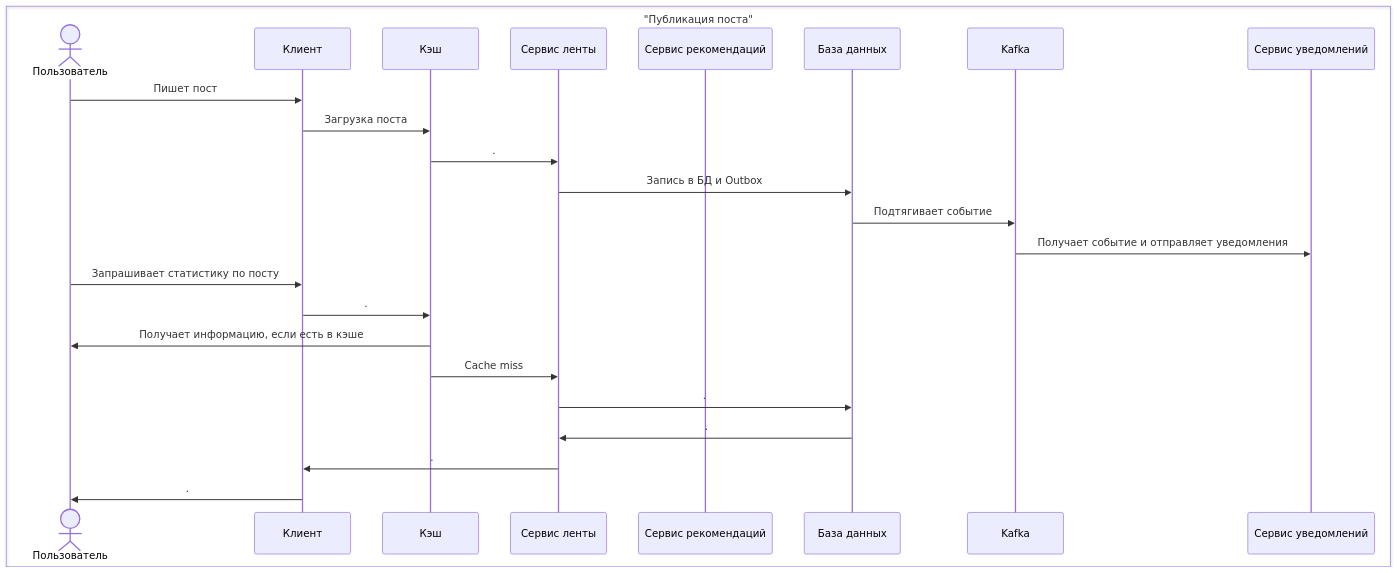
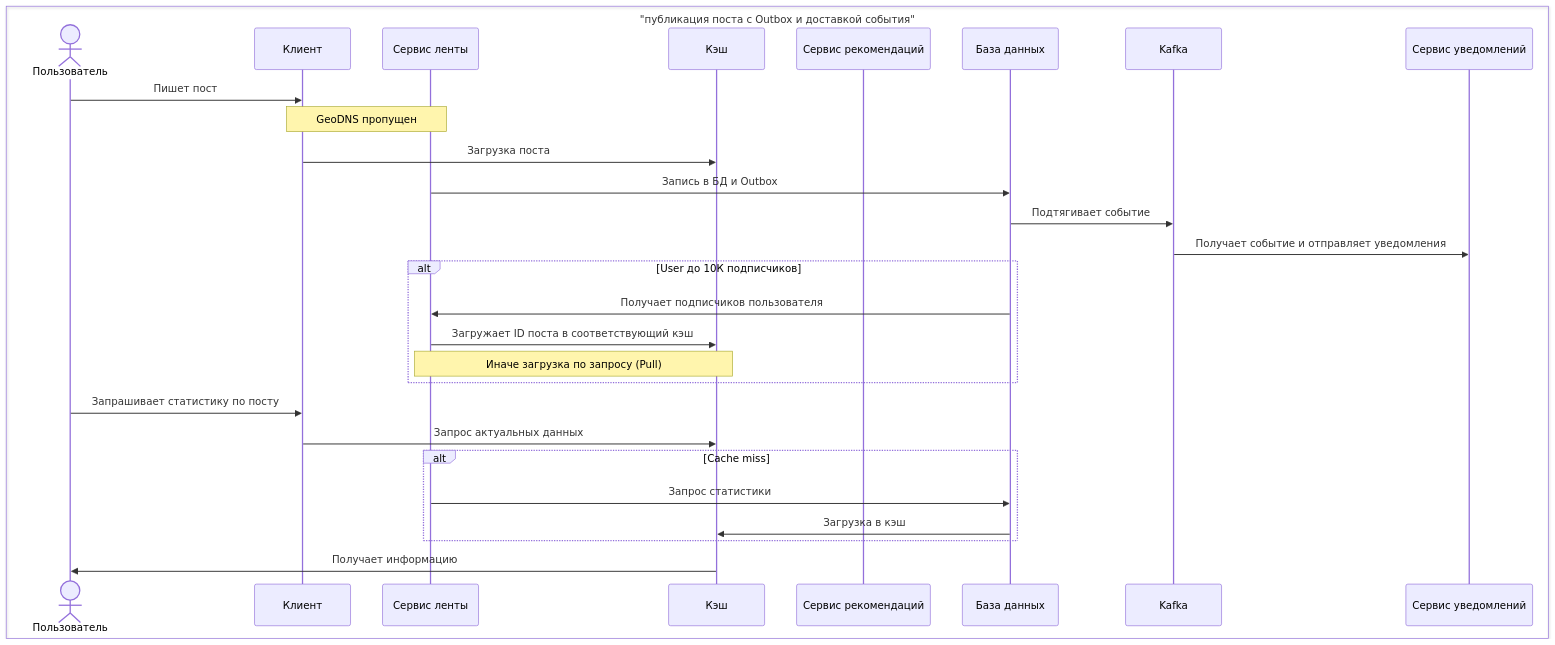
One commit to mike-pech/masters-theory changed the fourth of 6 diagrams in System Design/Practice/2. Recommended feed.md. Above: the diagram before and after it, drawn with Mermaid. The commit also changed other lines of this file and 6 other files, not shown here.

````diff
--- a/System Design/Practice/2. Recommended feed.md
+++ b/System Design/Practice/2. Recommended feed.md
@@ -252,57 +337,65 @@
 ```mermaid
 sequenceDiagram
 
-box "Публикация поста"
+  
+
+box "публикация поста с Outbox и доставкой события"
 
 actor User as Пользователь
 
 participant Client as Клиент
 
+participant Server-feed as Сервис ленты
+
 participant Cache as Кэш
-
-participant Server-feed as Сервис ленты
 
 participant Server-rec as Сервис рекомендаций
 
 participant Database as База данных
 
 participant Kafka as Kafka
 
 participant Server-notif as Сервис уведомлений
 
 end
 
   
 
 User->>Client: Пишет пост
 
+Note over Client,Server-feed: GeoDNS пропущен
+
 Client->>Cache: Загрузка поста
-
-Cache->>Server-feed: .
 
 Server-feed->>Database:Запись в БД и Outbox
 
 Database->>Kafka: Подтягивает событие
 
 Kafka->>Server-notif: Получает событие и отправляет уведомления
 
+alt User до 10К подписчиков
+
+Database->>Server-feed: Получает подписчиков пользователя
+
+Server-feed->>Cache: Загружает ID поста в соответствующий кэш
+
+Note over Server-feed,Cache: Иначе загрузка по запросу (Pull)
+
+end
+
   
 
 User->>Client: Запрашивает статистику по посту
 
-Client->>Cache: .
+Client->>Cache: Запрос актуальных данных
 
-Cache->>User: Получает информацию, если есть в кэше
+alt Cache miss
 
-  
+Server-feed->>Database: Запрос статистики
 
-Cache->>Server-feed: Cache miss
+Database->>Cache: Загрузка в кэш
 
-Server-feed->>Database: .
+end
 
-Database->>Server-feed: .
-
-Server-feed->>Client: .
-
-Client->>User: .
+Cache->>User: Получает информацию
 ```
````
